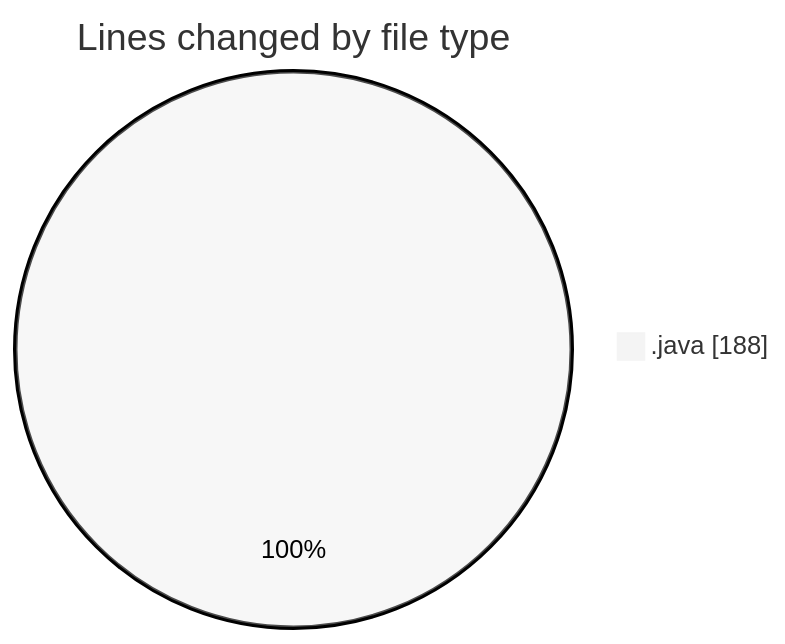
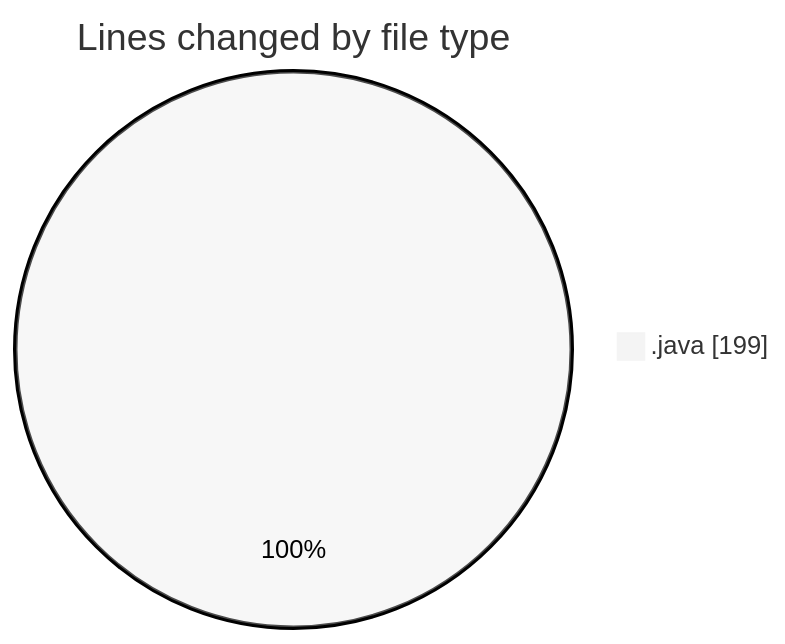
Before and after one commit to ricardozamudiocil/code-tracking: the first of 2 diagrams in 2026-05-04/cilreports__workspace_/README.md, drawn with Mermaid (neutral theme). The commit also changed other lines of this file and 1 other file, not shown here.

````diff
--- a/2026-05-04/cilreports__workspace_/README.md
+++ b/2026-05-04/cilreports__workspace_/README.md
@@ -21,5 +21,5 @@
 ```mermaid
 pie showData
 title Lines changed by file type
-".java" : 188
+".java" : 199
 ```
````
